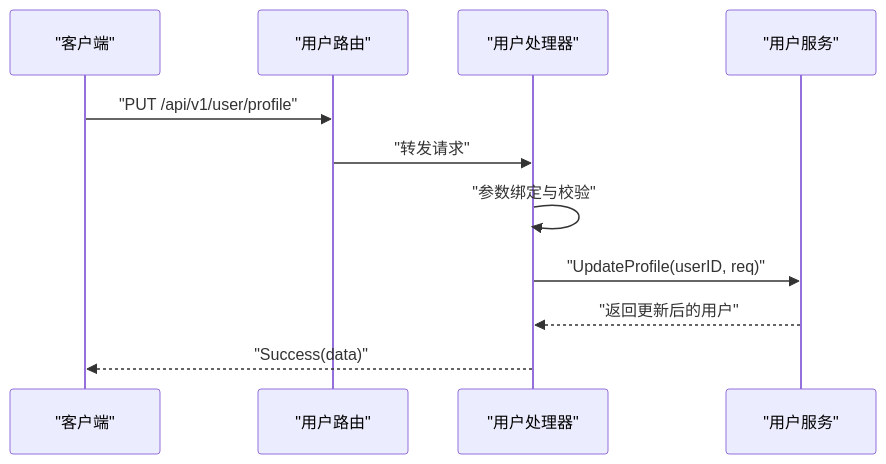
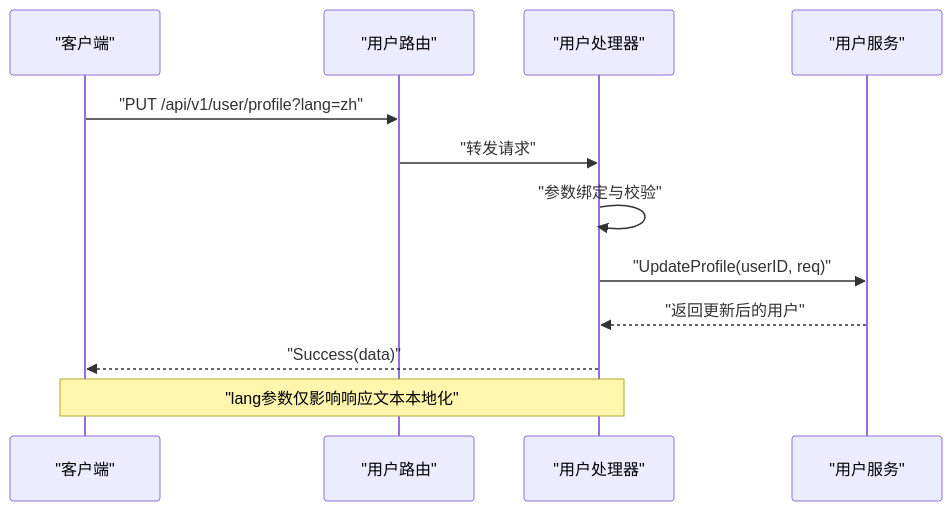
One commit to ai-poet/sub2api changed the third of 9 diagrams in .qoder/repowiki/zh/content/API参考文档/用户管理API.md. Above: the diagram before and after it, drawn with Mermaid. The commit also changed other lines of this file and 30 other files, not shown here.

````diff
--- a/.qoder/repowiki/zh/content/API参考文档/用户管理API.md
+++ b/.qoder/repowiki/zh/content/API参考文档/用户管理API.md
@@ -137,13 +164,14 @@
 ```mermaid
 sequenceDiagram
 participant C as "客户端"
 participant R as "用户路由"
 participant H as "用户处理器"
 participant S as "用户服务"
-C->>R : "PUT /api/v1/user/profile"
+C->>R : "PUT /api/v1/user/profile?lang=zh"
 R->>H : "转发请求"
 H->>H : "参数绑定与校验"
 H->>S : "UpdateProfile(userID, req)"
 S-->>H : "返回更新后的用户"
 H-->>C : "Success(data)"
+Note over H,C : "lang参数仅影响响应文本本地化"
 ```
````
